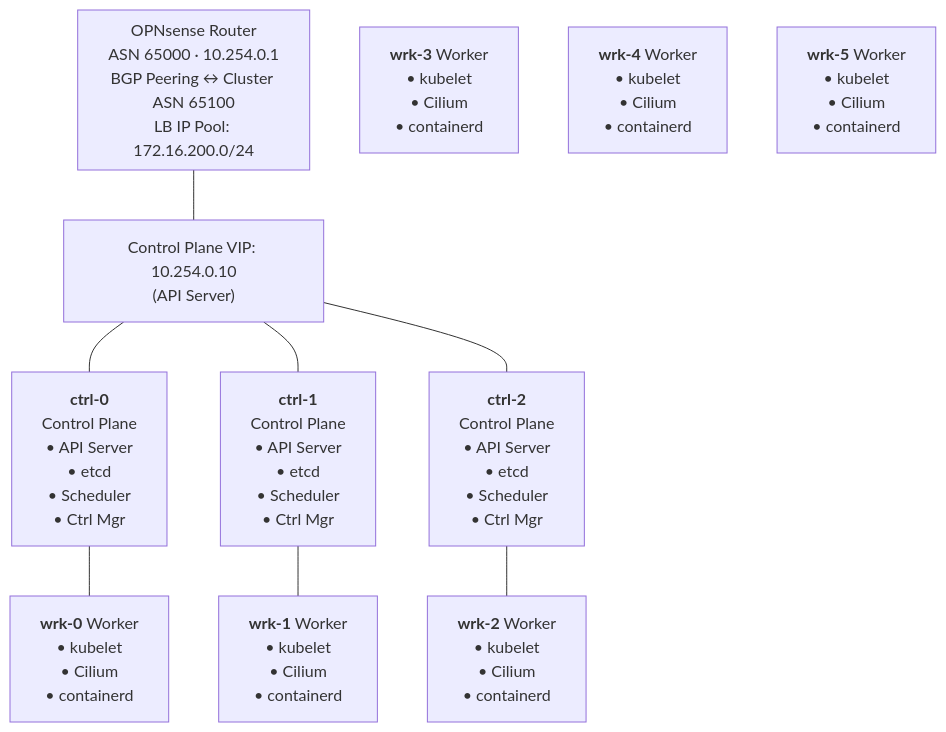
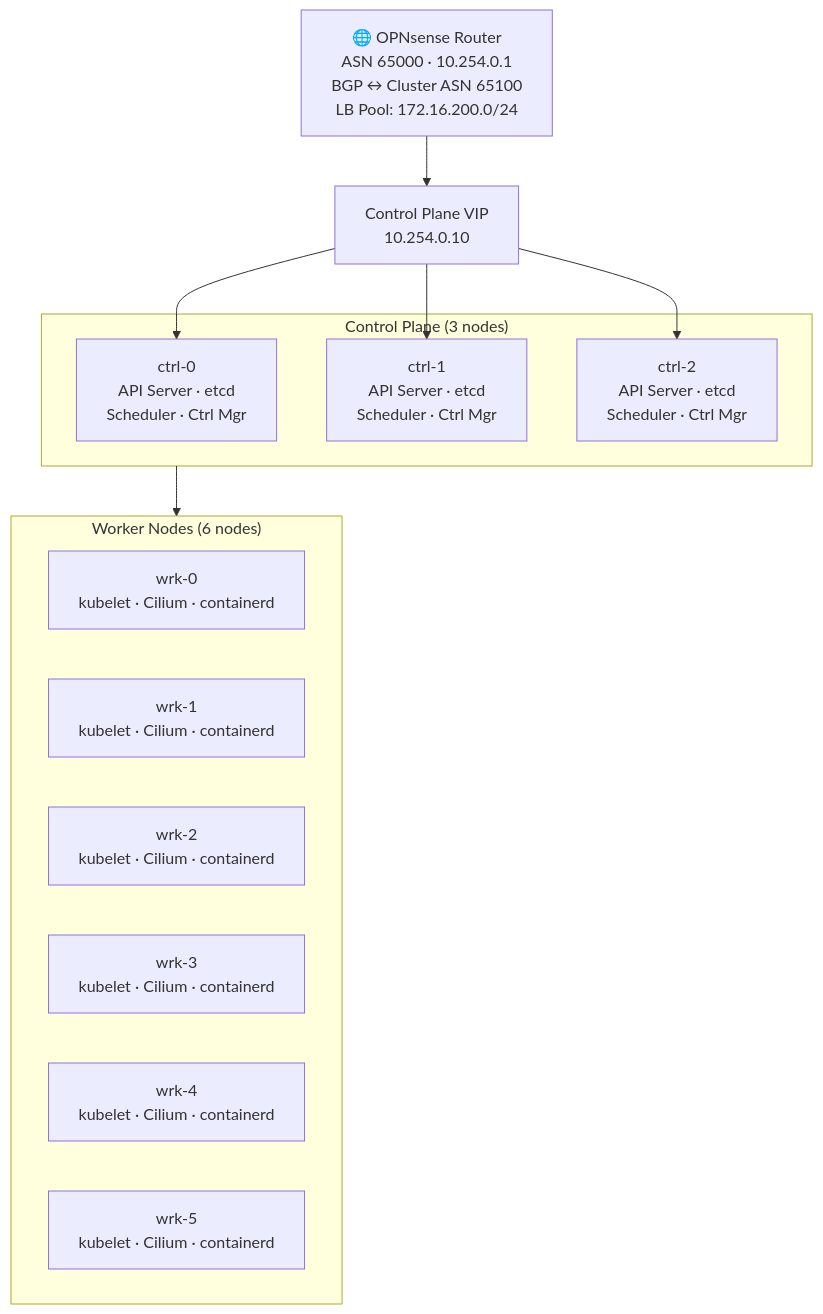
Before and after one commit to garlicKim21/kubernetes-onprem-training: the diagram in README.md, drawn with Mermaid. The commit also changed 6 other files, not shown here.

````diff
--- a/README.md
+++ b/README.md
@@ -55,19 +55,28 @@
 ```mermaid
 graph TD
-    subgraph Router["OPNsense Router<br/>ASN 65000 · 10.254.0.1<br/>BGP Peering ↔ Cluster ASN 65100<br/>LB IP Pool: 172.16.200.0/24"]
+    ROUTER["🌐 OPNsense Router<br/>ASN 65000 · 10.254.0.1<br/>BGP ↔ Cluster ASN 65100<br/>LB Pool: 172.16.200.0/24"]
+    VIP["Control Plane VIP<br/>10.254.0.10"]
+
+    ROUTER --> VIP
+
+    subgraph CP["Control Plane (3 nodes)"]
+        ctrl0["ctrl-0<br/>API Server · etcd<br/>Scheduler · Ctrl Mgr"]
+        ctrl1["ctrl-1<br/>API Server · etcd<br/>Scheduler · Ctrl Mgr"]
+        ctrl2["ctrl-2<br/>API Server · etcd<br/>Scheduler · Ctrl Mgr"]
     end
 
-    Router --- VIP["Control Plane VIP: 10.254.0.10<br/>(API Server)"]
+    VIP --> ctrl0
+    VIP --> ctrl1
+    VIP --> ctrl2
 
-    VIP --- ctrl0["<b>ctrl-0</b><br/>Control Plane<br/>• API Server<br/>• etcd<br/>• Scheduler<br/>• Ctrl Mgr"]
-    VIP --- ctrl1["<b>ctrl-1</b><br/>Control Plane<br/>• API Server<br/>• etcd<br/>• Scheduler<br/>• Ctrl Mgr"]
-    VIP --- ctrl2["<b>ctrl-2</b><br/>Control Plane<br/>• API Server<br/>• etcd<br/>• Scheduler<br/>• Ctrl Mgr"]
+    subgraph WK["Worker Nodes (6 nodes)"]
+        wrk0["wrk-0<br/>kubelet · Cilium · containerd"]
+        wrk1["wrk-1<br/>kubelet · Cilium · containerd"]
+        wrk2["wrk-2<br/>kubelet · Cilium · containerd"]
+        wrk3["wrk-3<br/>kubelet · Cilium · containerd"]
+        wrk4["wrk-4<br/>kubelet · Cilium · containerd"]
+        wrk5["wrk-5<br/>kubelet · Cilium · containerd"]
+    end
 
-    ctrl0 --- wrk0["<b>wrk-0</b> Worker<br/>• kubelet<br/>• Cilium<br/>• containerd"]
-    ctrl1 --- wrk1["<b>wrk-1</b> Worker<br/>• kubelet<br/>• Cilium<br/>• containerd"]
-    ctrl2 --- wrk2["<b>wrk-2</b> Worker<br/>• kubelet<br/>• Cilium<br/>• containerd"]
-
-    wrk3["<b>wrk-3</b> Worker<br/>• kubelet<br/>• Cilium<br/>• containerd"]
-    wrk4["<b>wrk-4</b> Worker<br/>• kubelet<br/>• Cilium<br/>• containerd"]
-    wrk5["<b>wrk-5</b> Worker<br/>• kubelet<br/>• Cilium<br/>• containerd"]
+    CP --> WK
 ```
````
